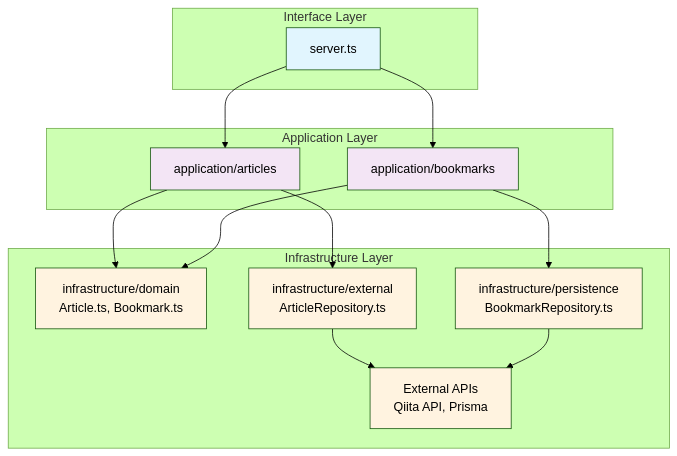
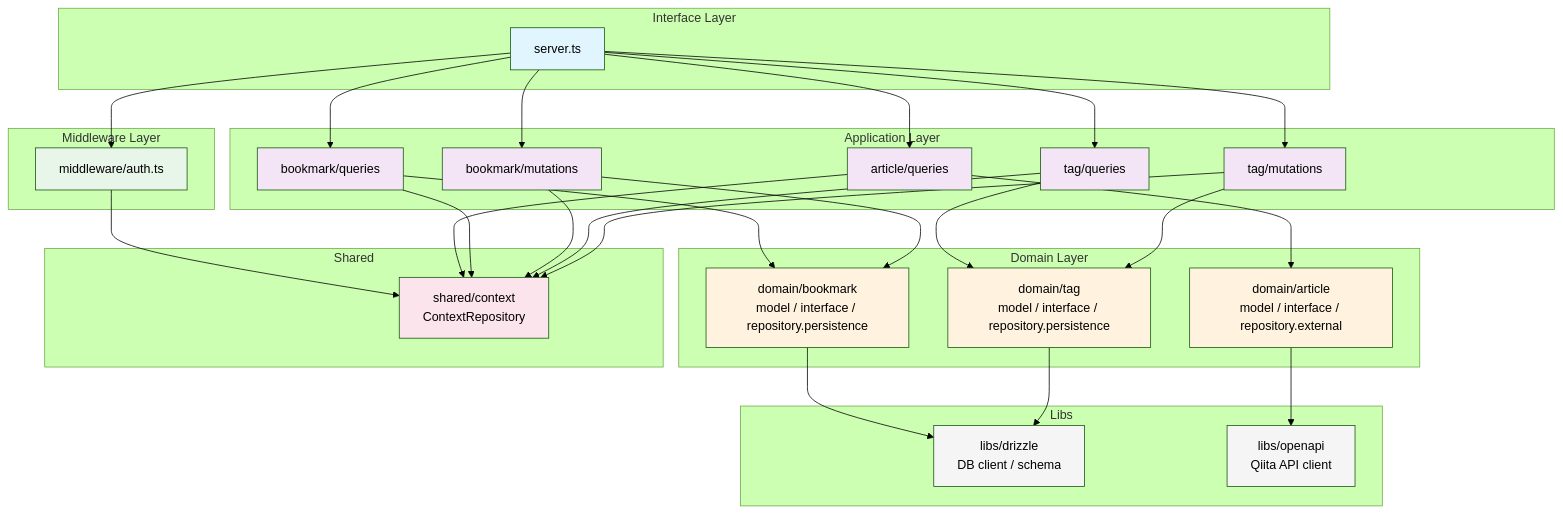
One commit to ksugawara61/curio changed the diagram in apps/graphql/README.md. Above: the diagram before and after it, drawn with Mermaid (forest theme). The commit also changed other lines of this file and 64 other files, not shown here.

Commit message:
refactor(graphql): restructure to clean architecture with domain/application/infrastructure layers (#97)

````diff
--- a/apps/graphql/README.md
+++ b/apps/graphql/README.md
@@ -86,38 +170,71 @@
 ```mermaid
 graph TD
-    %% Layers
     subgraph "Interface Layer"
         Server[server.ts]
     end
 
-    subgraph "Application Layer"
-        Articles[application/articles]
-        Bookmarks[application/bookmarks]
+    subgraph "Middleware Layer"
+        Auth[middleware/auth.ts]
     end
 
-    subgraph "Infrastructure Layer"
-        Domain[infrastructure/domain<br/>Article.ts, Bookmark.ts]
-        External[infrastructure/external<br/>ArticleRepository.ts]
-        Persistence[infrastructure/persistence<br/>BookmarkRepository.ts]
-        ExternalAPIs[External APIs<br/>Qiita API, Prisma]
+    subgraph "Application Layer"
+        ArticleQueries[article/queries]
+        BookmarkQueries[bookmark/queries]
+        BookmarkMutations[bookmark/mutations]
+        TagQueries[tag/queries]
+        TagMutations[tag/mutations]
     end
 
-    %% Dependencies
-    Server --> Articles
-    Server --> Bookmarks
-    Articles --> Domain
-    Bookmarks --> Domain
-    Articles --> External
-    Bookmarks --> Persistence
-    External --> ExternalAPIs
-    Persistence --> ExternalAPIs
+    subgraph "Domain Layer"
+        ArticleDomain[domain/article<br/>model / interface / repository.external]
+        BookmarkDomain[domain/bookmark<br/>model / interface / repository.persistence]
+        TagDomain[domain/tag<br/>model / interface / repository.persistence]
+    end
 
-    %% Styling
+    subgraph "Shared"
+        Context[shared/context<br/>ContextRepository]
+    end
+
+    subgraph "Libs"
+        Drizzle[libs/drizzle<br/>DB client / schema]
+        OpenAPI[libs/openapi<br/>Qiita API client]
+    end
+
+    Server --> Auth
+    Server --> ArticleQueries
+    Server --> BookmarkQueries
+    Server --> BookmarkMutations
+    Server --> TagQueries
+    Server --> TagMutations
+
+    ArticleQueries --> ArticleDomain
+    BookmarkQueries --> BookmarkDomain
+    BookmarkMutations --> BookmarkDomain
+    TagQueries --> TagDomain
+    TagMutations --> TagDomain
+
+    Auth --> Context
+    ArticleQueries --> Context
+    BookmarkQueries --> Context
+    BookmarkMutations --> Context
+    TagQueries --> Context
+    TagMutations --> Context
+
+    ArticleDomain --> OpenAPI
+    BookmarkDomain --> Drizzle
+    TagDomain --> Drizzle
+
     classDef interface fill:#e1f5fe
+    classDef middleware fill:#e8f5e9
     classDef application fill:#f3e5f5
-    classDef infrastructure fill:#fff3e0
+    classDef domain fill:#fff3e0
+    classDef shared fill:#fce4ec
+    classDef libs fill:#f5f5f5
 
     class Server interface
-    class Articles,Bookmarks application
-    class Domain,External,Persistence,ExternalAPIs infrastructure
+    class Auth middleware
+    class ArticleQueries,BookmarkQueries,BookmarkMutations,TagQueries,TagMutations application
+    class ArticleDomain,BookmarkDomain,TagDomain domain
+    class Context shared
+    class Drizzle,OpenAPI libs
 ```
````
